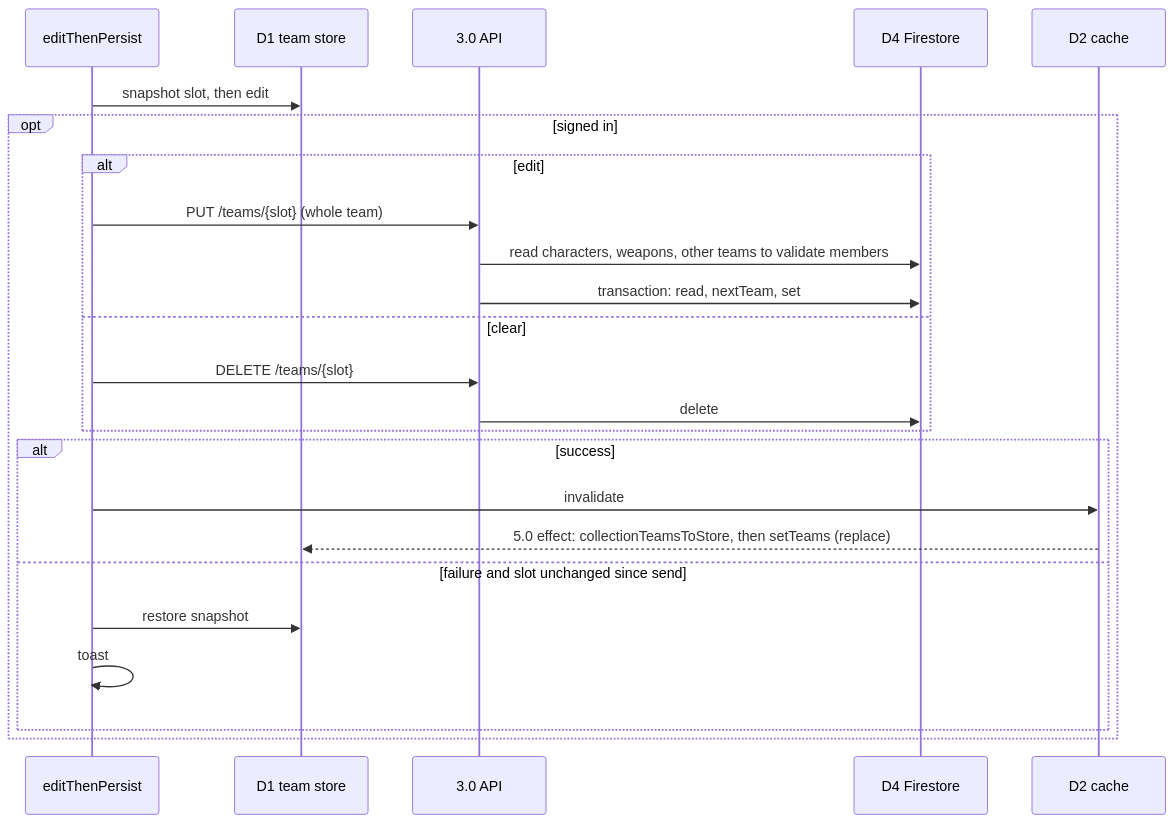
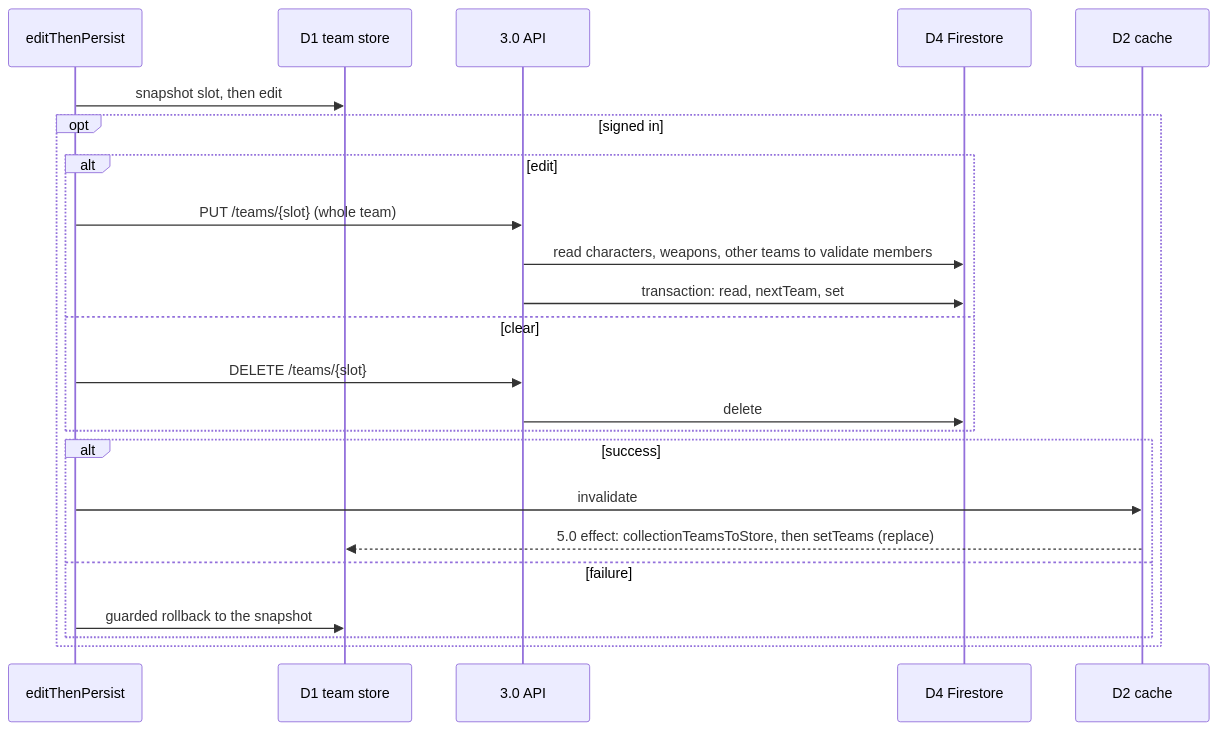
The fifth of 6 diagrams in docs/reference/data-flow.md (dungeon-studio/genshin.dungeon.studio), drawn with Mermaid before and after one commit. The commit also changed other lines of this file, not shown here.

First line of the commit message:
docs: name the guarded rollback once in data flow

````diff
--- a/docs/reference/data-flow.md
+++ b/docs/reference/data-flow.md
@@ -238,27 +239,26 @@
 ```mermaid
 sequenceDiagram
   participant Hook as editThenPersist
   participant Store as D1 team store
   participant API as 3.0 API
   participant FS as D4 Firestore
   participant Cache as D2 cache
 
   Hook->>Store: snapshot slot, then edit
   opt signed in
     alt edit
       Hook->>API: PUT /teams/{slot} (whole team)
       API->>FS: read characters, weapons, other teams to validate members
       API->>FS: transaction: read, nextTeam, set
     else clear
       Hook->>API: DELETE /teams/{slot}
       API->>FS: delete
     end
     alt success
       Hook->>Cache: invalidate
       Cache-->>Store: 5.0 effect: collectionTeamsToStore, then setTeams (replace)
-    else failure and slot unchanged since send
-      Hook->>Store: restore snapshot
-      Hook->>Hook: toast
+    else failure
+      Hook->>Store: guarded rollback to the snapshot
     end
   end
 ```
````
